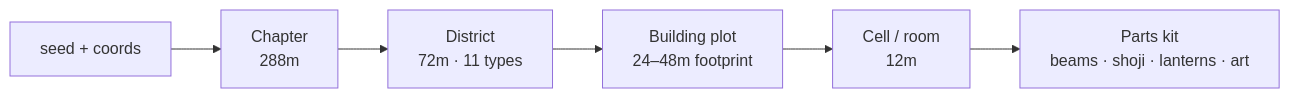
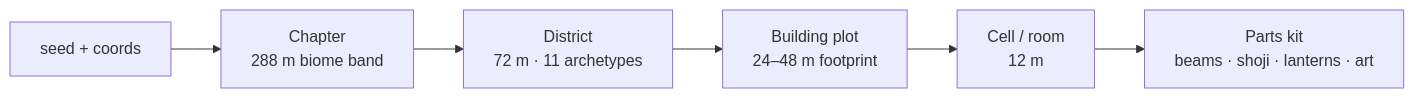
Before and after one commit to Thre4dripper/Infinity-Castle-ThreeJs: the diagram in README.md, drawn with Mermaid. The commit also changed other lines of this file and 2 other files, not shown here.

````diff
--- a/README.md
+++ b/README.md
@@ -36,8 +41,8 @@
 ```mermaid
 graph LR
-    S[seed + coords] --> C[Chapter<br/>288m]
-    C --> D[District<br/>72m · 11 types]
-    D --> P[Building plot<br/>24–48m footprint]
-    P --> R[Cell / room<br/>12m]
+    S[seed + coords] --> C[Chapter<br/>288 m biome band]
+    C --> D[District<br/>72 m · 11 archetypes]
+    D --> P[Building plot<br/>24–48 m footprint]
+    P --> R[Cell / room<br/>12 m]
     R --> K[Parts kit<br/>beams · shoji · lanterns · art]
 ```
````
